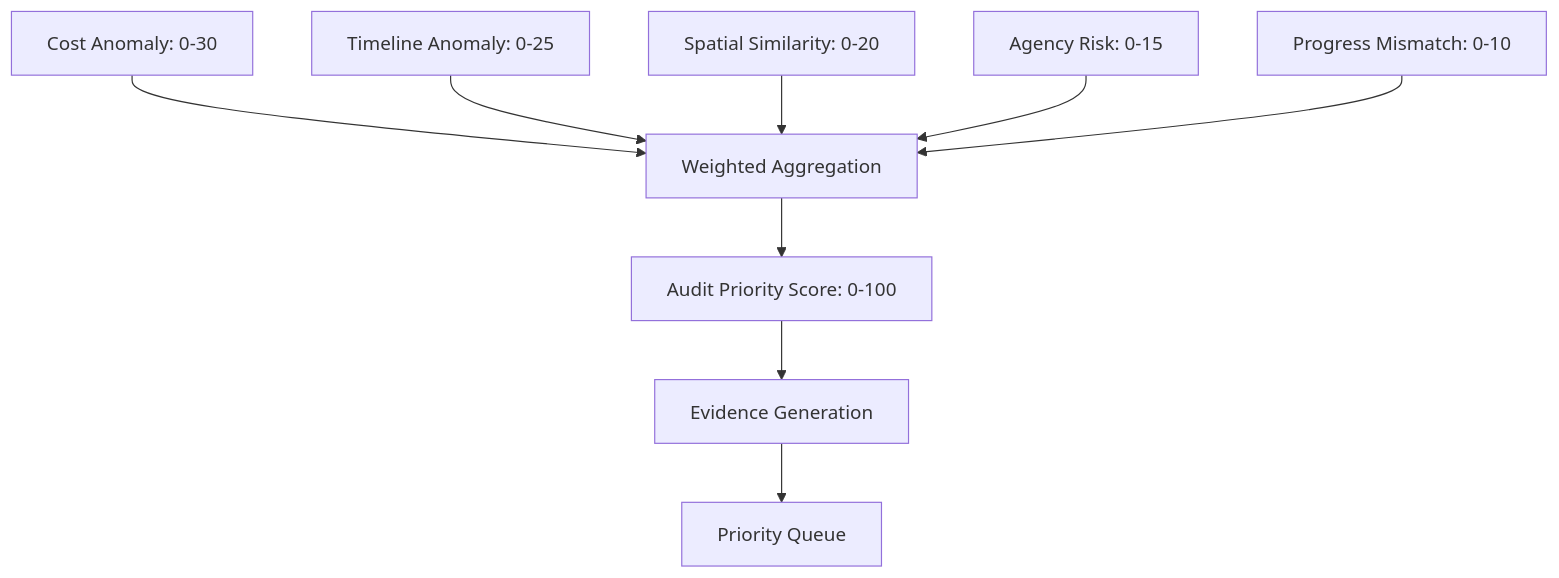
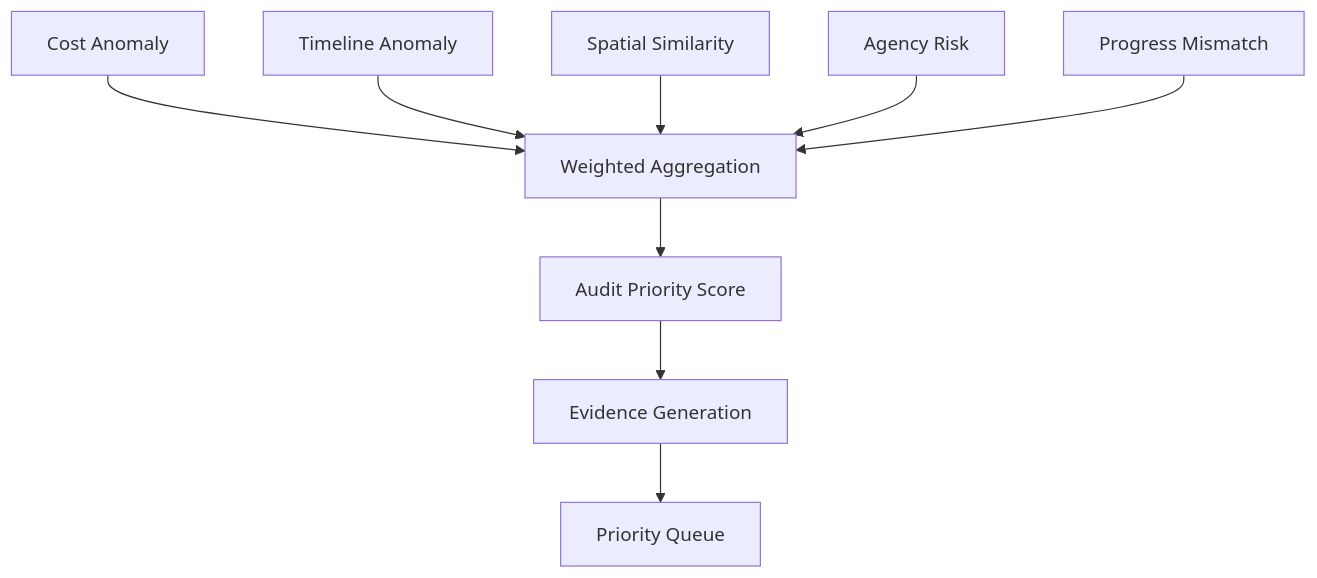
Before and after one commit to the-nidhi-bhat/mplads-sentinel: the second of 17 diagrams in README.md, drawn with Mermaid. The commit also changed other lines of this file, not shown here.

````diff
--- a/README.md
+++ b/README.md
@@ -106,11 +106,11 @@
 ```mermaid
-flowchart TB
-    A["Cost Anomaly: 0-30"] --> F["Weighted Aggregation"]
-    B["Timeline Anomaly: 0-25"] --> F
-    C["Spatial Similarity: 0-20"] --> F
-    D["Agency Risk: 0-15"] --> F
-    E["Progress Mismatch: 0-10"] --> F
-    F --> G["Audit Priority Score: 0-100"]
-    G --> H["Evidence Generation"]
-    H --> I["Priority Queue"]
+graph TB
+    A[Cost Anomaly] --> F[Weighted Aggregation]
+    B[Timeline Anomaly] --> F
+    C[Spatial Similarity] --> F
+    D[Agency Risk] --> F
+    E[Progress Mismatch] --> F
+    F --> G[Audit Priority Score]
+    G --> H[Evidence Generation]
+    H --> I[Priority Queue]
 ```
````
